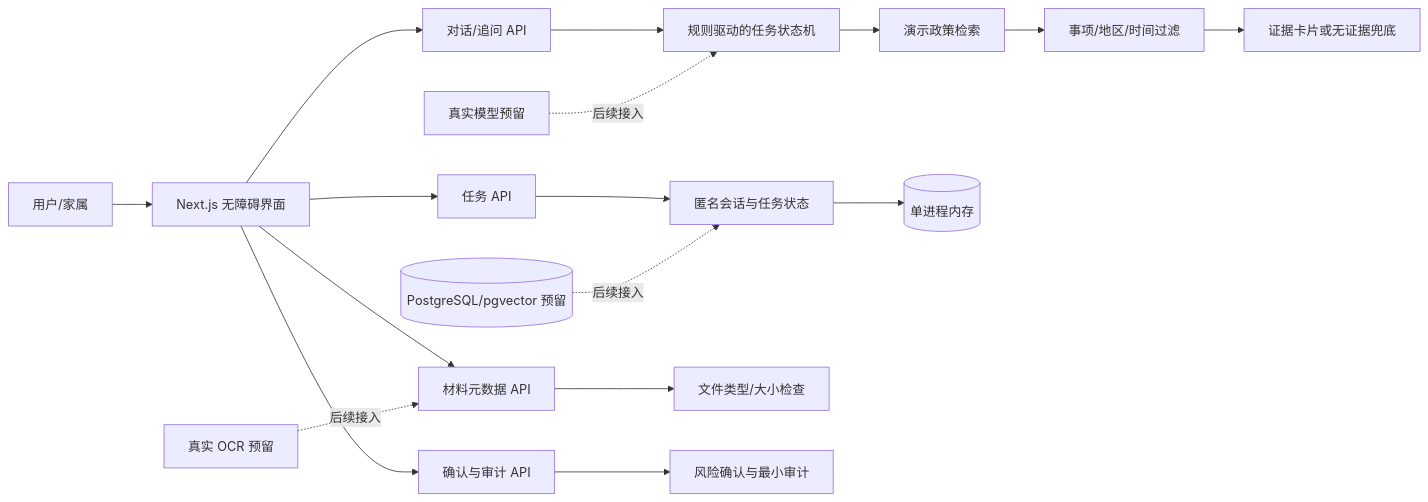
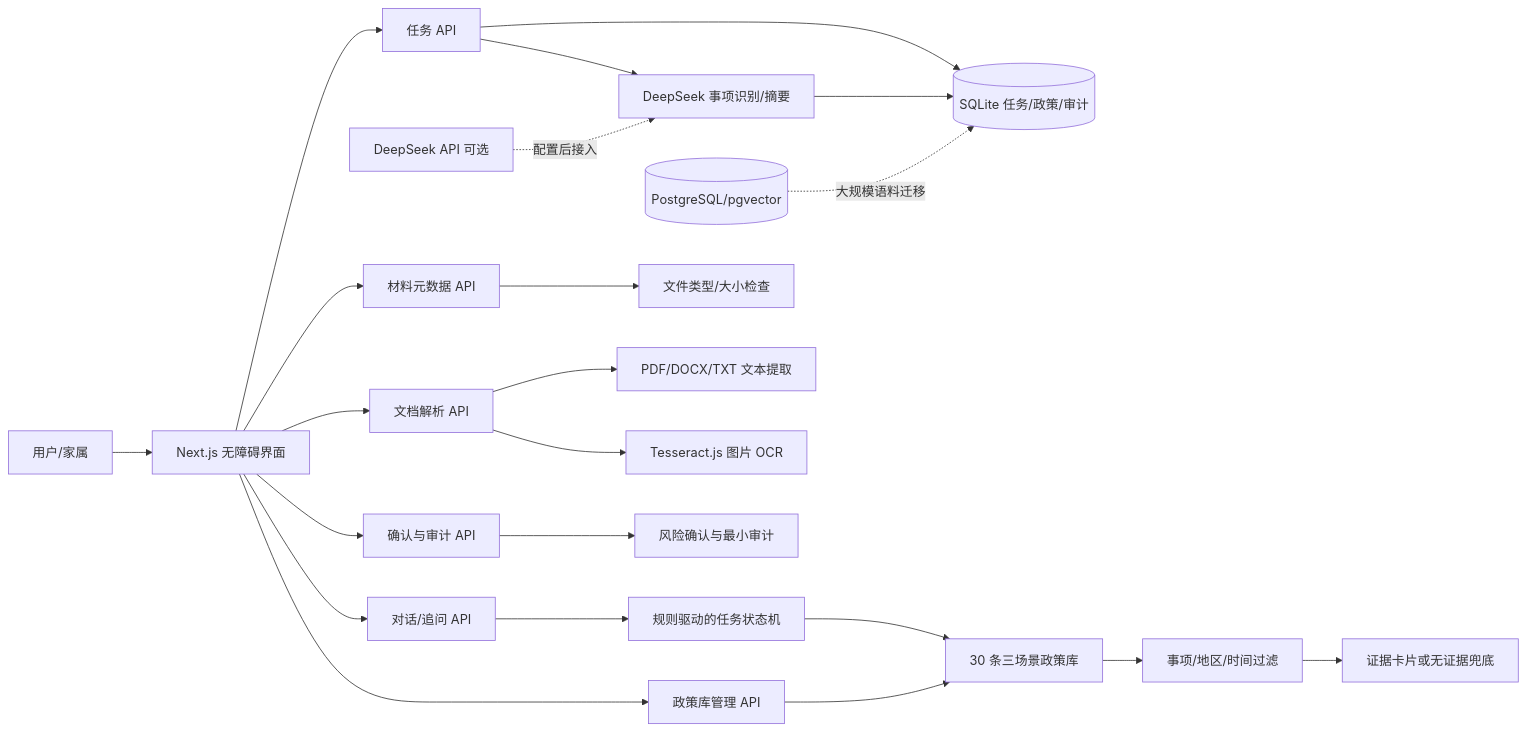
Before and after one commit to Git-985/Smart-AI: the diagram in docs/final/architecture.md, drawn with Mermaid. The commit also changed other lines of this file and 50 other files, not shown here.

Commit message:
feat: complete full project with policy library, SQLite and OCR

````diff
--- a/docs/final/architecture.md
+++ b/docs/final/architecture.md
@@ -3,19 +3,27 @@
 ```mermaid
 flowchart LR
   U[用户/家属] --> UI[Next.js 无障碍界面]
   UI --> T[任务 API]
   UI --> C[对话/追问 API]
   UI --> D[材料元数据 API]
+  UI --> P[文档解析 API]
   UI --> A[确认与审计 API]
-  T --> S[匿名会话与任务状态]
+  UI --> K[政策库管理 API]
+
+  T --> AI[DeepSeek 事项识别/摘要]
+  T --> S[(SQLite 任务/政策/审计)]
+  AI --> S
   C --> W[规则驱动的任务状态机]
-  W --> R[演示政策检索]
+  W --> R[30 条三场景政策库]
   R --> F[事项/地区/时间过滤]
   F --> E[证据卡片或无证据兜底]
+
   D --> M[文件类型/大小检查]
+  P --> X[PDF/DOCX/TXT 文本提取]
+  P --> O[Tesseract.js 图片 OCR]
   A --> H[风险确认与最小审计]
-  S --> P[(单进程内存)]
-  DB[(PostgreSQL/pgvector 预留)] -. 后续接入 .-> S
-  OCR[真实 OCR 预留] -. 后续接入 .-> D
-  LLM[真实模型预留] -. 后续接入 .-> W
+  K --> R
+
+  LLM[DeepSeek API 可选] -. 配置后接入 .-> AI
+  PG[(PostgreSQL/pgvector)] -. 大规模语料迁移 .-> S
 ```
````
